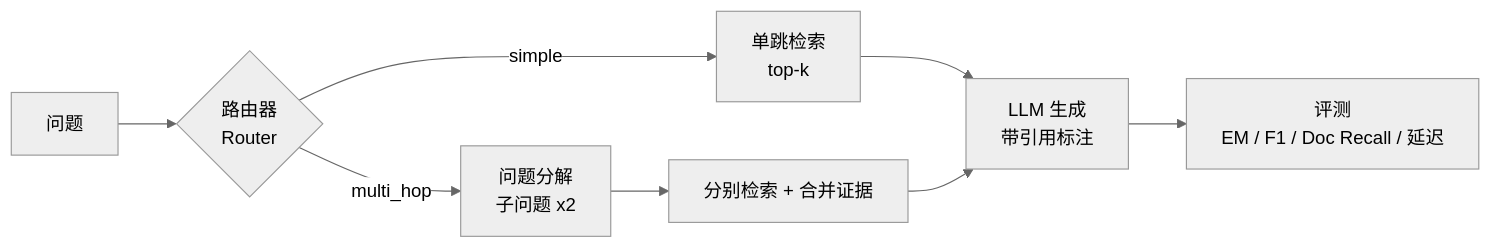
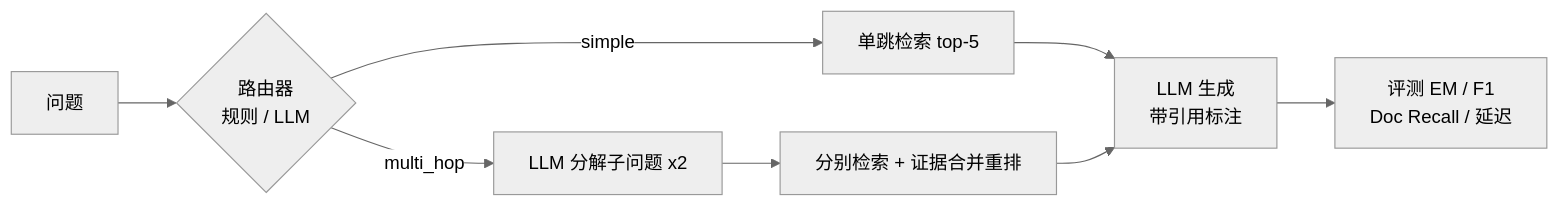
Before and after one commit to qidian-lyj/adaptive-rag: the diagram in README.md, drawn with Mermaid (neutral theme). The commit also changed other lines of this file and 12 other files, not shown here.

Commit message:
Add rerank strategy, LLM router, router/error analysis scripts, Streamlit demo, REPORT.md

````diff
--- a/README.md
+++ b/README.md
@@ -13,10 +14,10 @@
 ```mermaid
 flowchart LR
-    Q[问题] --> R{路由器<br/>Router}
-    R -->|simple| A[单跳检索<br/>top-k]
-    R -->|multi_hop| B[问题分解<br/>子问题 x2]
-    B --> C[分别检索 + 合并证据]
+    Q[问题] --> R{路由器<br/>规则 / LLM}
+    R -->|simple| A[单跳检索 top-5]
+    R -->|multi_hop| B[LLM 分解子问题 x2]
+    B --> C[分别检索 + 证据合并重排]
     A --> G[LLM 生成<br/>带引用标注]
     C --> G
-    G --> E[评测<br/>EM / F1 / Doc Recall / 延迟]
+    G --> E[评测 EM / F1<br/>Doc Recall / 延迟]
 ```
````
